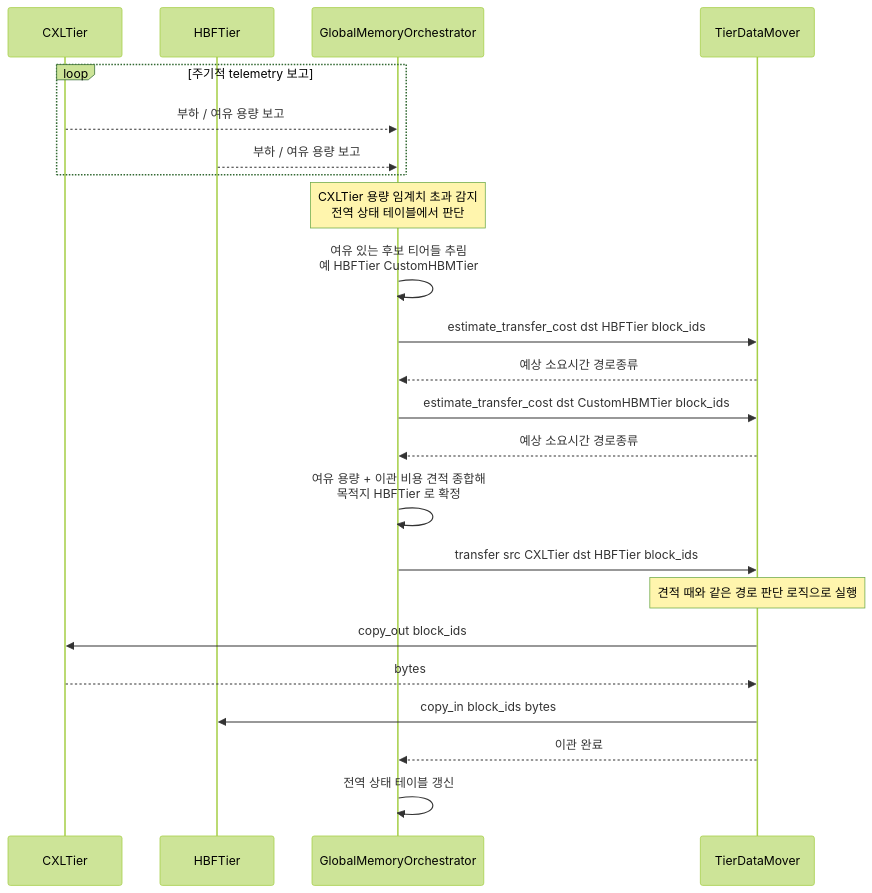
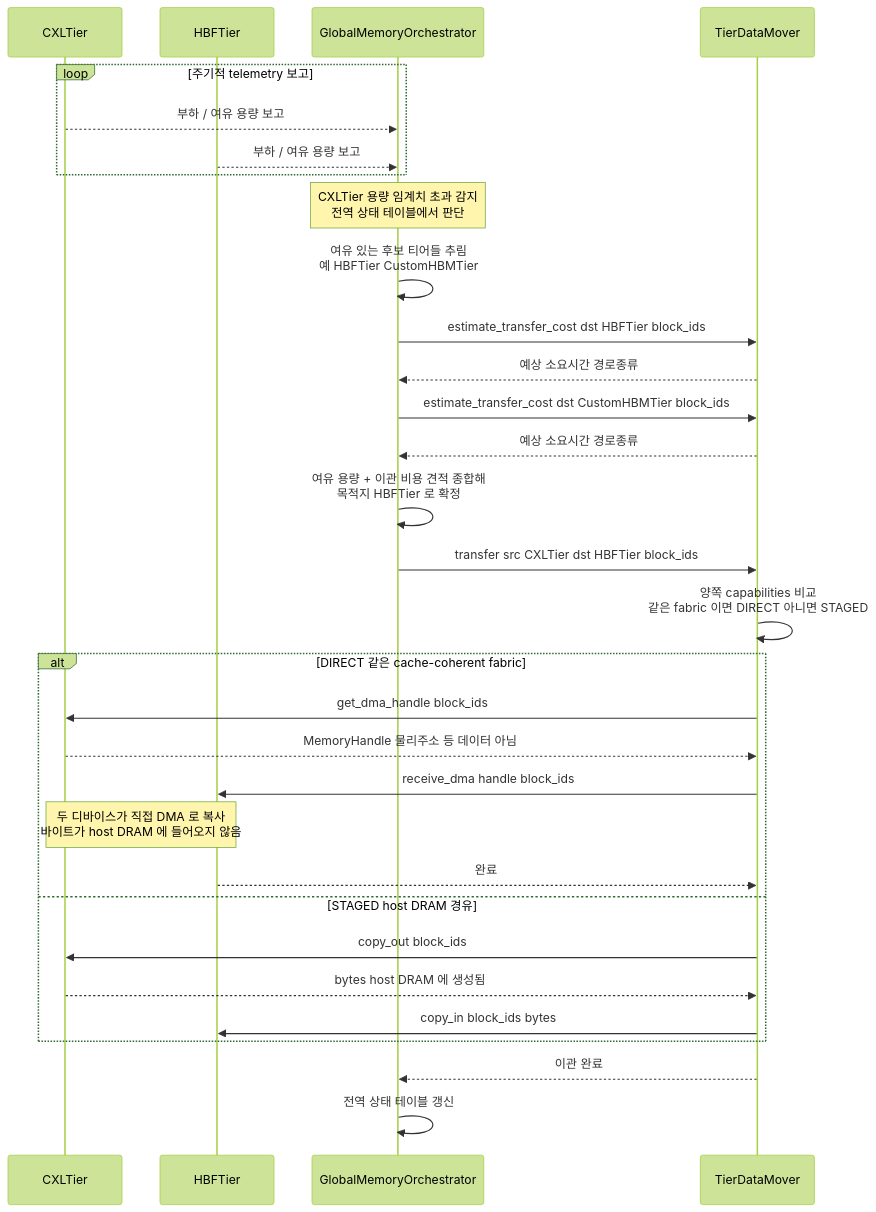
The diagram in doc-mk/scenarios/09-dp2-candidateA-centralized-migration.md (mkim0628/vllm), drawn with Mermaid (forest theme) before and after one commit. The commit also changed other lines of this file and 3 other files, not shown here.

````diff
--- a/doc-mk/scenarios/09-dp2-candidateA-centralized-migration.md
+++ b/doc-mk/scenarios/09-dp2-candidateA-centralized-migration.md
@@ -27,27 +31,35 @@
 ```mermaid
 sequenceDiagram
     participant CXLT as CXLTier
     participant HBFT as HBFTier
     participant ORCH as GlobalMemoryOrchestrator
     participant MOVER as TierDataMover
 
     loop 주기적 telemetry 보고
         CXLT-->>ORCH: 부하 / 여유 용량 보고
         HBFT-->>ORCH: 부하 / 여유 용량 보고
     end
 
     Note over ORCH: CXLTier 용량 임계치 초과 감지<br/>전역 상태 테이블에서 판단
     ORCH->>ORCH: 여유 있는 후보 티어들 추림<br/>예 HBFTier CustomHBMTier
     ORCH->>MOVER: estimate_transfer_cost dst HBFTier block_ids
     MOVER-->>ORCH: 예상 소요시간 경로종류
     ORCH->>MOVER: estimate_transfer_cost dst CustomHBMTier block_ids
     MOVER-->>ORCH: 예상 소요시간 경로종류
     ORCH->>ORCH: 여유 용량 + 이관 비용 견적 종합해<br/>목적지 HBFTier 로 확정
     ORCH->>MOVER: transfer src CXLTier dst HBFTier block_ids
-    Note over MOVER: 견적 때와 같은 경로 판단 로직으로 실행
-    MOVER->>CXLT: copy_out block_ids
-    CXLT-->>MOVER: bytes
-    MOVER->>HBFT: copy_in block_ids bytes
+    MOVER->>MOVER: 양쪽 capabilities 비교<br/>같은 fabric 이면 DIRECT 아니면 STAGED
+    alt DIRECT 같은 cache-coherent fabric
+        MOVER->>CXLT: get_dma_handle block_ids
+        CXLT-->>MOVER: MemoryHandle 물리주소 등 데이터 아님
+        MOVER->>HBFT: receive_dma handle block_ids
+        Note over CXLT,HBFT: 두 디바이스가 직접 DMA 로 복사<br/>바이트가 host DRAM 에 들어오지 않음
+        HBFT-->>MOVER: 완료
+    else STAGED host DRAM 경유
+        MOVER->>CXLT: copy_out block_ids
+        CXLT-->>MOVER: bytes host DRAM 에 생성됨
+        MOVER->>HBFT: copy_in block_ids bytes
+    end
     MOVER-->>ORCH: 이관 완료
     ORCH->>ORCH: 전역 상태 테이블 갱신
 ```
````
